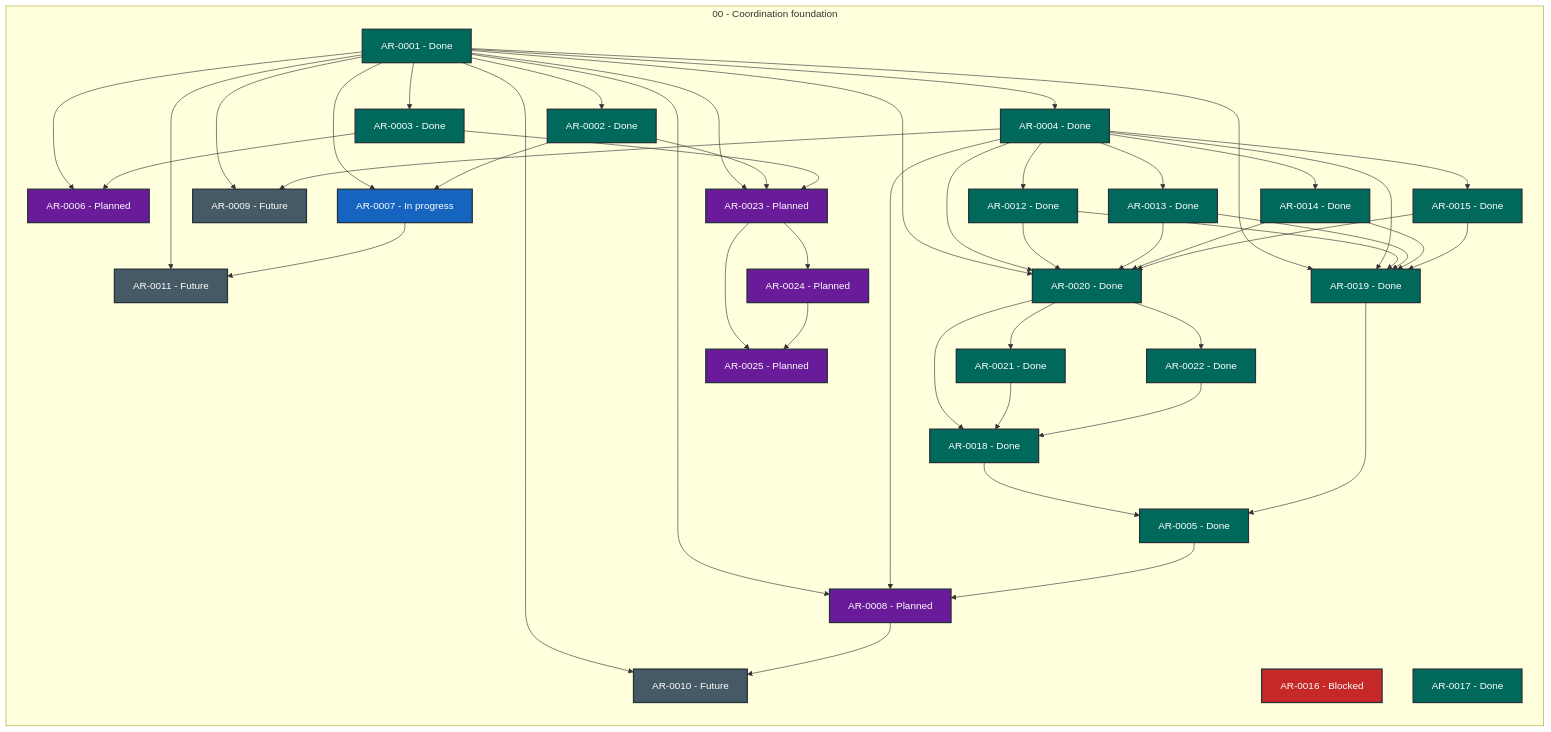
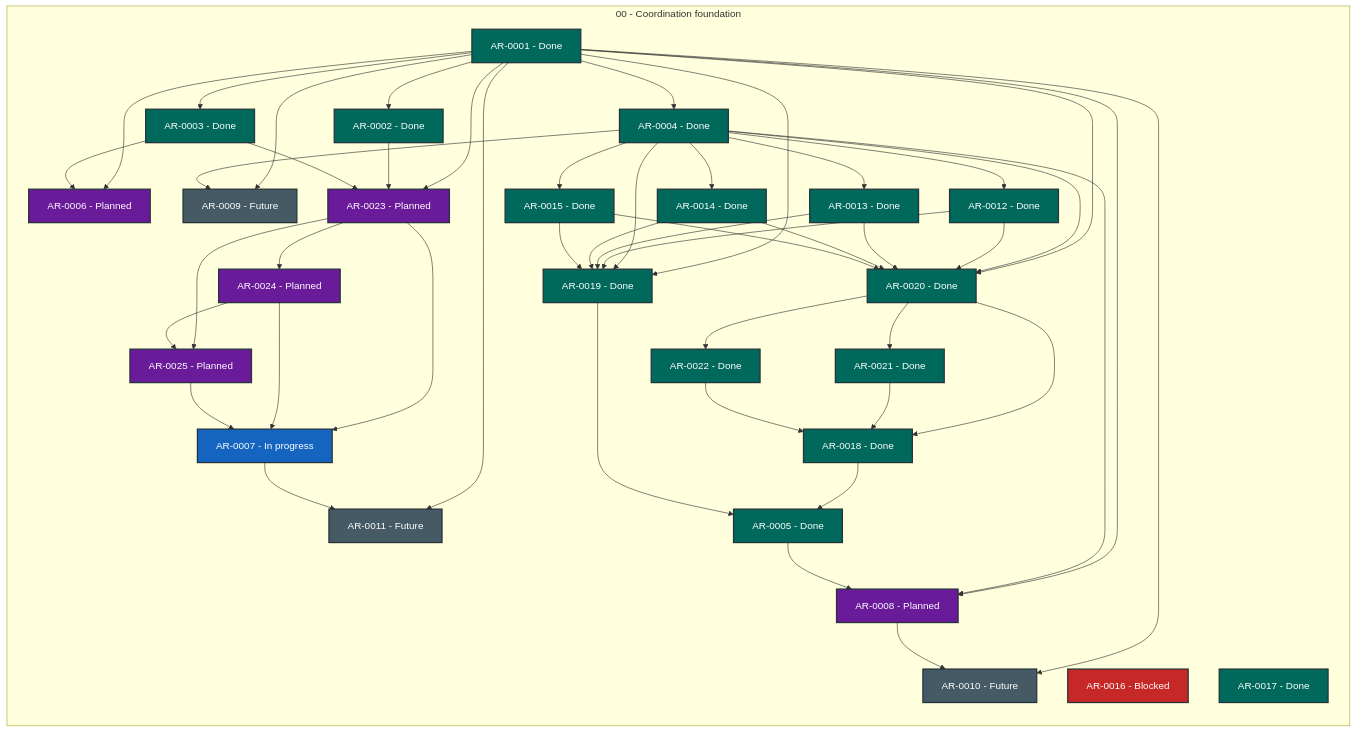
The diagram in STATUS.md (martin-beck/agent-workflow-quality-state), drawn with Mermaid before and after one commit. The commit also changed other lines of this file and 2 other files, not shown here.

```diff
--- a/STATUS.md
+++ b/STATUS.md
@@ -58,7 +58,6 @@
     AR_0001 --> AR_0003
     AR_0001 --> AR_0004
     AR_0001 --> AR_0006
-    AR_0001 --> AR_0007
     AR_0001 --> AR_0008
     AR_0001 --> AR_0009
     AR_0001 --> AR_0010
@@ -66,7 +65,6 @@
     AR_0001 --> AR_0019
     AR_0001 --> AR_0020
     AR_0001 --> AR_0023
-    AR_0002 --> AR_0007
     AR_0002 --> AR_0023
     AR_0003 --> AR_0006
     AR_0003 --> AR_0023
@@ -96,9 +94,12 @@
     AR_0020 --> AR_0022
     AR_0021 --> AR_0018
     AR_0022 --> AR_0018
+    AR_0023 --> AR_0007
     AR_0023 --> AR_0024
     AR_0023 --> AR_0025
+    AR_0024 --> AR_0007
     AR_0024 --> AR_0025
+    AR_0025 --> AR_0007
     classDef status_in_progress fill:#1565c0,color:#ffffff,stroke:#263238,stroke-width:2px
     classDef status_open fill:#2e7d32,color:#ffffff,stroke:#263238,stroke-width:2px
     classDef status_blocked fill:#c62828,color:#ffffff,stroke:#263238,stroke-width:2px
```
